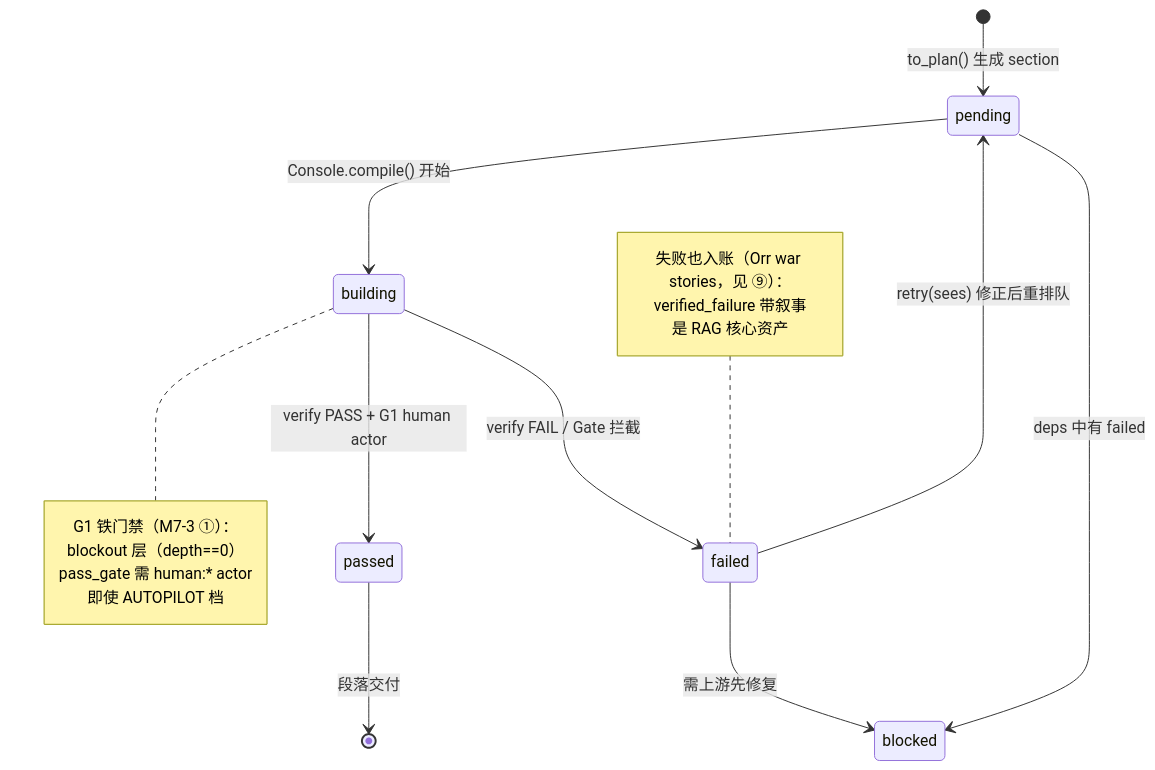
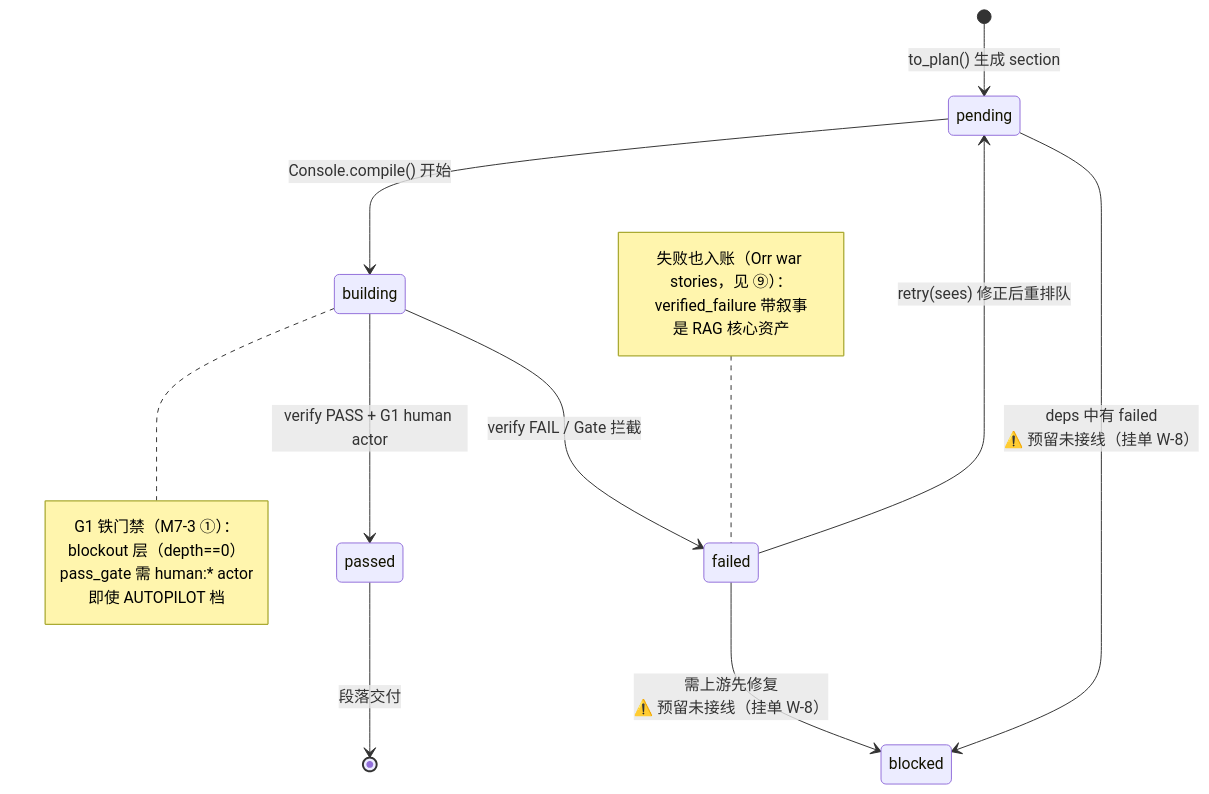
One commit to master666-max/blender-ai-console changed the fourth of 7 diagrams in docs/architecture/architecture_diagrams.md. Above: the diagram before and after it, drawn with Mermaid. The commit also changed other lines of this file, not shown here.

First line of the commit message:
docs: 图→代码反向审计——7 图逐图实证，揪出 4 处图实偏差并修 + 新挂单 W-6/W-7/W-8

````diff
--- a/docs/architecture/architecture_diagrams.md
+++ b/docs/architecture/architecture_diagrams.md
@@ -261,29 +262,29 @@
 ```mermaid
 stateDiagram-v2
     [*] --> pending: to_plan() 生成 section
 
     pending --> building: Console.compile() 开始
 
     building --> passed: verify PASS + G1 human actor
     building --> failed: verify FAIL / Gate 拦截
 
     failed --> pending: retry(sees) 修正后重排队
-    failed --> blocked: 需上游先修复
+    failed --> blocked: 需上游先修复<br/>⚠️ 预留未接线（挂单 W-8）
 
-    pending --> blocked: deps 中有 failed
+    pending --> blocked: deps 中有 failed<br/>⚠️ 预留未接线（挂单 W-8）
 
     passed --> [*]: 段落交付
 
     note right of building
         G1 铁门禁（M7-3 ①）：
         blockout 层（depth==0）
         pass_gate 需 human:* actor
         即使 AUTOPILOT 档
     end note
 
     note left of failed
         失败也入账（Orr war stories，见 ⑨）：
         verified_failure 带叙事
         是 RAG 核心资产
     end note
 ```
````
